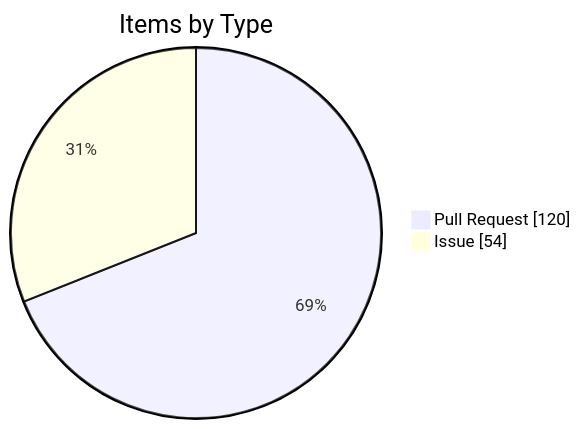
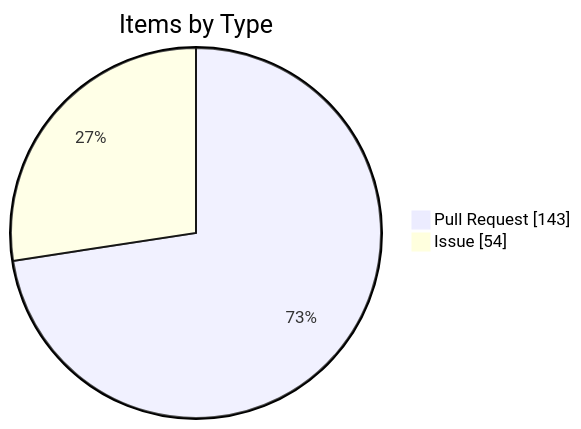
Before and after one commit to KBVE/kbve: the fourth of 4 diagrams in apps/kbve/astro-kbve/src/content/docs/dashboard/kanban-data.mdx, drawn with Mermaid. The commit also changed other lines of this file and 8 other files, not shown here.

````diff
--- a/apps/kbve/astro-kbve/src/content/docs/dashboard/kanban-data.mdx
+++ b/apps/kbve/astro-kbve/src/content/docs/dashboard/kanban-data.mdx
@@ -115,6 +116,6 @@
 ```mermaid
 pie showData
     title Items by Type
-    "Pull Request" : 120
+    "Pull Request" : 143
     "Issue" : 54
 ```
````
